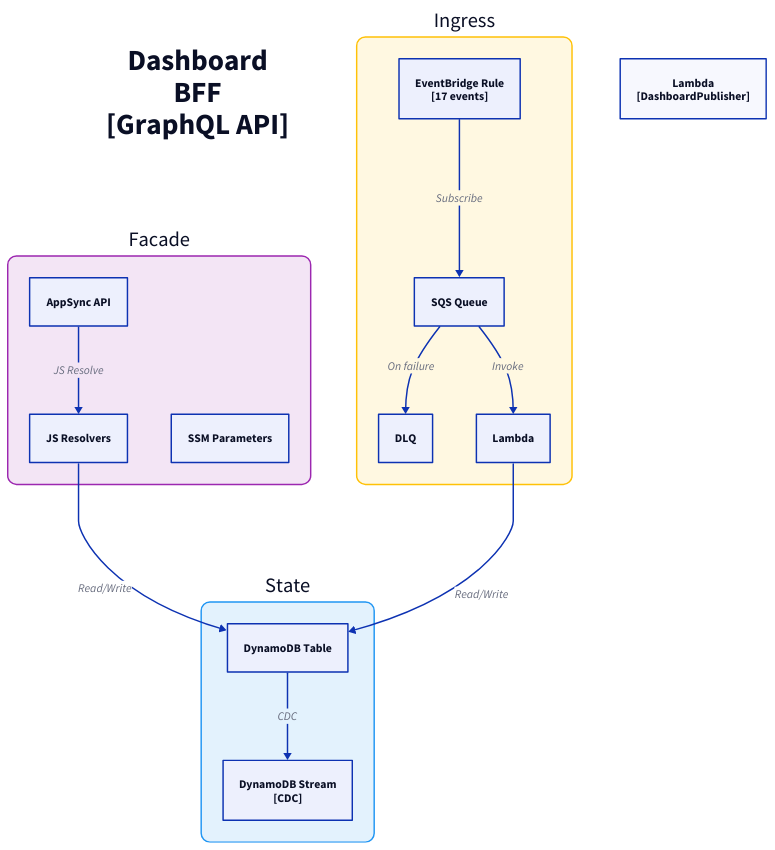
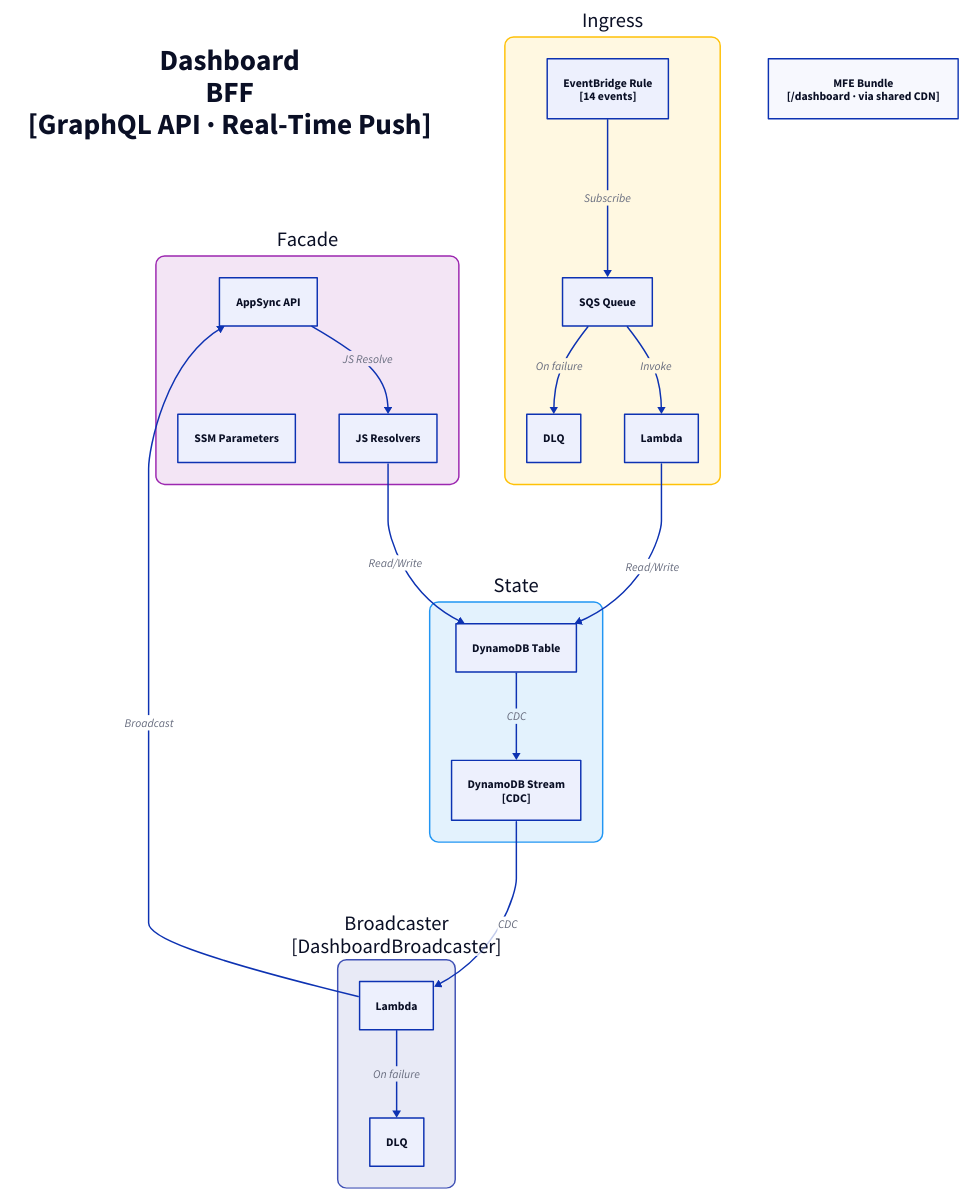
One commit to fabio-vitali/nestfolio changed the diagram in docs/architecture/c3/dashboard-bff.d2. Above: the diagram before and after it, drawn with D2. The commit also changed 23 other files, not shown here.

First line of the commit message:
fix(c4-diagrams): render Broadcaster + MfeBucket, prune orphan C3 files

```diff
--- a/docs/architecture/c3/dashboard-bff.d2
+++ b/docs/architecture/c3/dashboard-bff.d2
@@ -1,38 +1,48 @@
 direction: down
 
-title: "Dashboard\nBFF\n[GraphQL API]" {
+title: "Dashboard\nBFF\n[GraphQL API · Real-Time Push]" {
   style: { font-size: 40; bold: true; fill: transparent; stroke: transparent }
 }
 
 facade: "Facade" {
   style: { fill: "#F3E5F5"; stroke: "#9C27B0"; border-radius: 12; font-size: 28 }
   appsync: "AppSync API" { class: aws-appsync }
   resolvers: "JS Resolvers" { class: aws-lambda }
   appsync -> resolvers: JS Resolve
   ssm: "SSM Parameters" { class: aws-ssm }
 }
 
 ingress: "Ingress" {
   style: { fill: "#FFF8E1"; stroke: "#FFC107"; border-radius: 12; font-size: 28 }
-  rule: "EventBridge Rule\n[17 events]" { class: aws-eventbridge }
+  rule: "EventBridge Rule\n[14 events]" { class: aws-eventbridge }
   sqs: "SQS Queue" { class: aws-sqs }
   dlq: "DLQ" { class: aws-dlq }
   handler: "Lambda" { class: aws-lambda }
 
   rule -> sqs: Subscribe
   sqs -> handler: Invoke
   sqs -> dlq: On failure
 }
 
 state: "State" {
   style: { fill: "#E3F2FD"; stroke: "#2196F3"; border-radius: 12; font-size: 28 }
   table: "DynamoDB Table" { class: aws-dynamodb }
   stream: "DynamoDB Stream\n[CDC]" { class: aws-ddb-stream }
   table -> stream: CDC
 }
 
-dashboard-publisher: "Lambda\n[DashboardPublisher]" { class: aws-lambda }
+broadcaster: "Broadcaster\n[DashboardBroadcaster]" {
+  style: { fill: "#E8EAF6"; stroke: "#3F51B5"; border-radius: 12; font-size: 28 }
+  publisher: "Lambda" { class: aws-lambda }
+  dlq: "DLQ" { class: aws-dlq }
+
+  publisher -> dlq: On failure
+}
+
+mfe-bundle: "MFE Bundle\n[/dashboard · via shared CDN]" { class: aws-s3 }
 
 # Flows
 facade.resolvers -> state.table: Read/Write
 ingress.handler -> state.table: Read/Write
+state.stream -> broadcaster.publisher: CDC
+broadcaster.publisher -> facade.appsync: Broadcast
```
